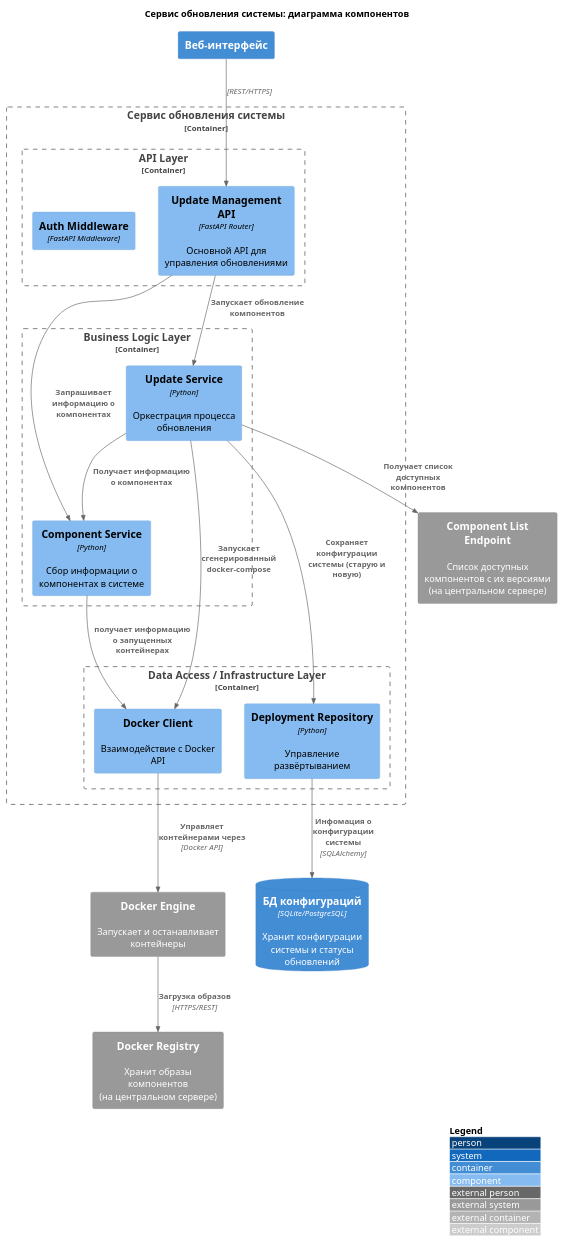
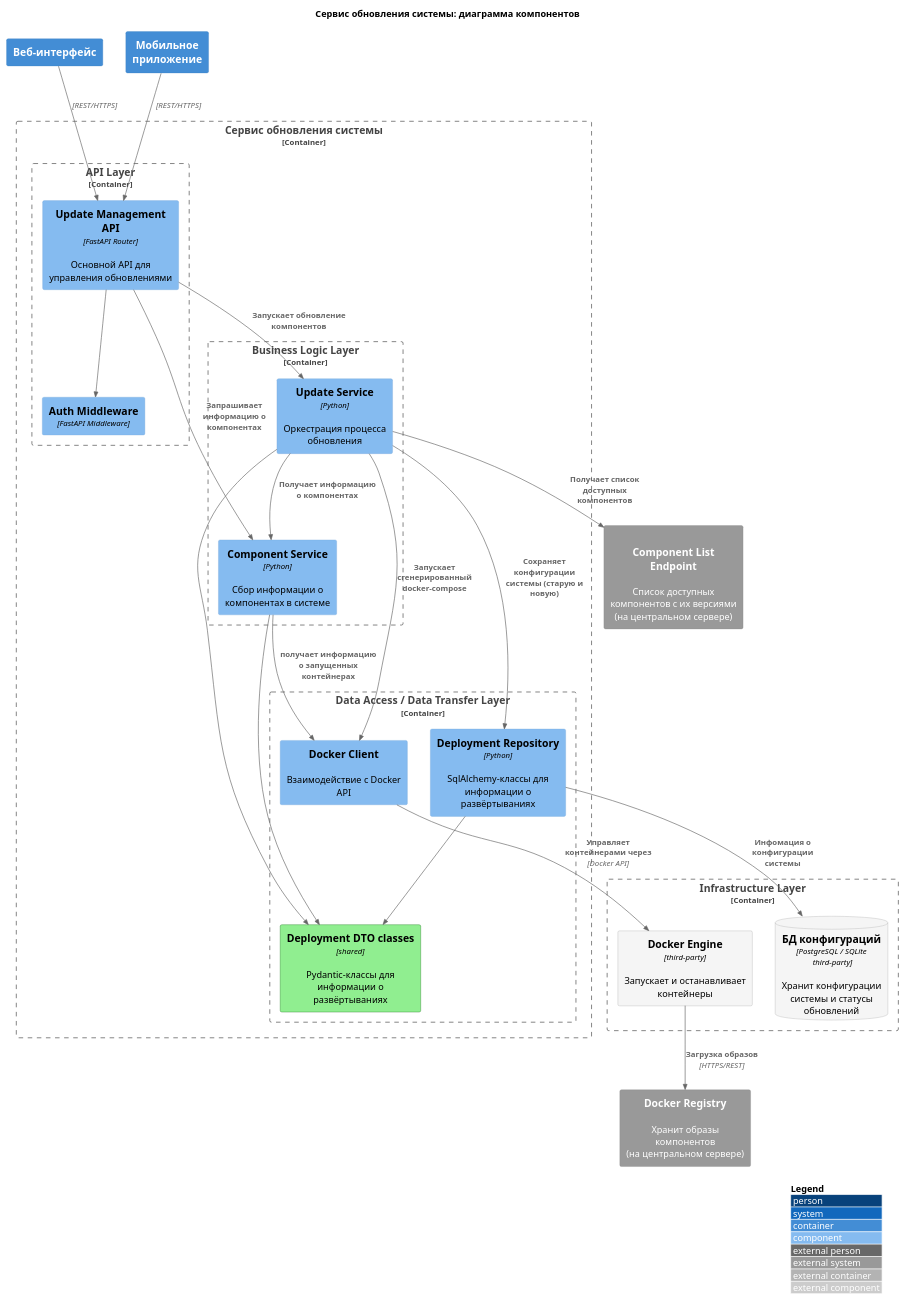
The diagram in diagrams/task2/component_update_service.puml (Felix-neko/architecture-pro-warmhouse), drawn with PlantUML before and after one commit. The commit also changed 5 other files, not shown here.

Commit message:
Дорабатываем диаграммки компонентов...

```diff
--- a/diagrams/task2/component_update_service.puml
+++ b/diagrams/task2/component_update_service.puml
@@ -1,69 +21,63 @@
 @startuml
 !include ../../../../C4-PlantUML/C4_Component.puml
 
-/'
-Сервис обновления системы:
-- показывает, какие компоненты сейчас развёрнуты. Для каждого компонента приводится:
-  - имя компонента;
-  - тип компоненте
-  - версия компонента;
-  - на каком порту компонент развёрнут;
-  - статус (работает, не работает, ещё запускатется);
-- по имени компонента -- может выдать логи компонента (чтобы пользователь, если что-то пошло не так, смог прислать подробное сообщение об ошибке).
-- показывает список доступных компонентов. Для каждого доступного компонента приводится:
-  - краткое описание компонента;
-  - список поддерживаемых версий;
-  - список компонентов-зависимостей (если есть).
-- получив список компонентов для обновления, выполняет обновление:
-    - сохраняет предыдущую конфигурацию (на случай, если обновление не удалось);
-    - формирует финальный docker-compose, где перечислены все компоненты системы, которые должны быть запущены (и их настройки);
-    - запускает `docker-docker-compose up -d --remove-orphans service‑a service‑b service-c`;
-    - если обновление не удалось, то пытается накатить предыдущую конфигурацию.
-'/
+AddElementTag("shared", $bgColor="LightGreen", $borderColor="DarkGreen", $legendText="Разделяемые подсистемы")
+AddElementTag("third-party", $bgColor="#f5f5f5", $borderColor="DarkGray", $fontColor="Black", $legendText="Библиотеки сторонних производителей")
+
 
 LAYOUT_WITH_LEGEND()
 title Сервис обновления системы: диаграмма компонентов
 
 Container(web_ui, "Веб-интерфейс", "")
+Container(phone_app, "Мобильное приложение")
 
 Container_Boundary(update_service_boundary, "Сервис обновления системы", "Python + FastAPI") {
     Container_Boundary(api_layer, "API Layer") {
         Component(update_api, "Update Management API", "FastAPI Router", "Основной API для управления обновлениями")
         Component(auth_middleware, "Auth Middleware", "FastAPI Middleware", "")
+        Rel(update_api, auth_middleware, "")
     }
 
     Container_Boundary(service_layer, "Business Logic Layer") {
         Component(component_service, "Component Service", "Python", "Cбор информации о компонентах в системе")
         Component(update_service, "Update Service", "Python", "Оркестрация процесса обновления")
     }
 
     Rel(update_service, component_service, "Получает информацию о компонентах")
 
-    Container_Boundary(data_layer_boundary, "Data Access / Infrastructure Layer") {
-        Component(deployment_repo, "Deployment Repository", "Python", "Управление развёртыванием")
+    Container_Boundary(data_layer_boundary, "Data Access / Data Transfer Layer") {
+        Component(deployment_dto, "Deployment DTO classes", "shared", "Pydantic-классы для информации о развёртываниях", $tags="shared")
+        Component(deployment_repo, "Deployment Repository", "Python", "SqlAlchemy-классы для информации о развёртываниях")
         Component(docker_client, "Docker Client", "", "Взаимодействие с Docker API")
     }
+
+    Rel(component_service, deployment_dto, "")
+    Rel(update_service, deployment_dto, "")
+    Rel(deployment_repo, deployment_dto, "")
 
     Rel(component_service, docker_client, получает информацию о запущенных контейнерах)
     Rel(update_api, component_service, "Запрашивает информацию о компонентах")
     Rel(update_api, update_service, "Запускает обновление компонентов")
 
     Rel(update_service, deployment_repo, "Сохраняет конфигурации системы (старую и новую)")
 }
 
 
 Rel(web_ui, update_api, "", "REST/HTTPS")
+Rel(phone_app, update_api, "", "REST/HTTPS")
 
 System_Ext(docker_registry, "Docker Registry", "Хранит образы компонентов\n(на центральном сервере)")
-System_Ext(docker, "Docker Engine", "Запускает и останавливает контейнеры")
-System_Ext(component_list_endpoint, "Component List Endpoint", "Список доступных компонентов с их версиями (на центральном сервере)")
-
+Container_Boundary(infra_layer, "Infrastructure Layer") {
+    Component(docker, "Docker Engine", "third-party",  "Запускает и останавливает контейнеры", $tags="third-party")
+    ContainerDb(config_db, "БД конфигураций", "PostgreSQL / SQLite\n third-party", "Хранит конфигурации системы и статусы обновлений", $tags="third-party")
+}
+System_Ext(component_list_endpoint, "Component List Endpoint", "Список доступных компонентов с их версиями (на центральном сервере)", "external")
 Rel(docker_client, docker, "Управляет контейнерами через", "Docker API")
 Rel(docker, docker_registry, Загрузка образов, HTTPS/REST)
 Rel(update_service, docker_client, "Запускает сгенерированный docker-compose")
 Rel(update_service, component_list_endpoint, "Получает список доступных компонентов")
 
-ContainerDb(config_db, "БД конфигураций", "SQLite/PostgreSQL", "Хранит конфигурации системы и статусы обновлений")
-Rel(deployment_repo, config_db, "Инфомация о конфигурации системы", "SQLAlchemy")
+
+Rel(deployment_repo, config_db, "Инфомация о конфигурации системы")
 
 @enduml
```
